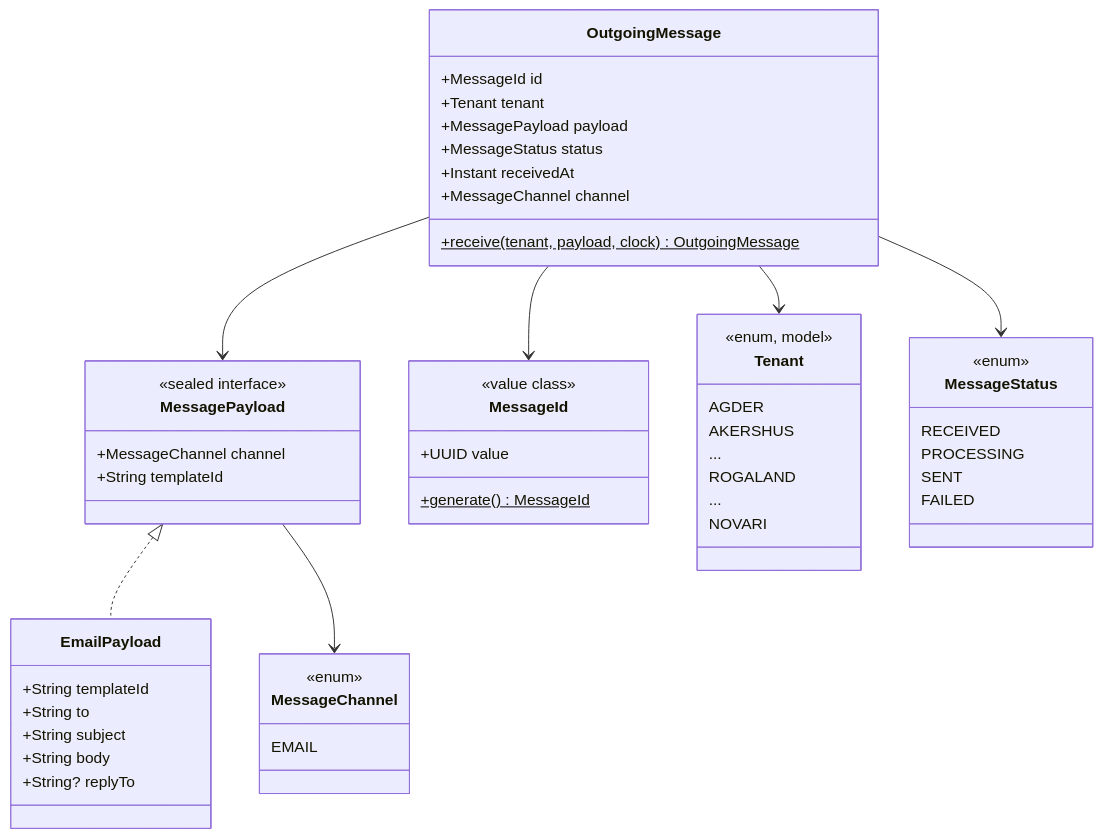
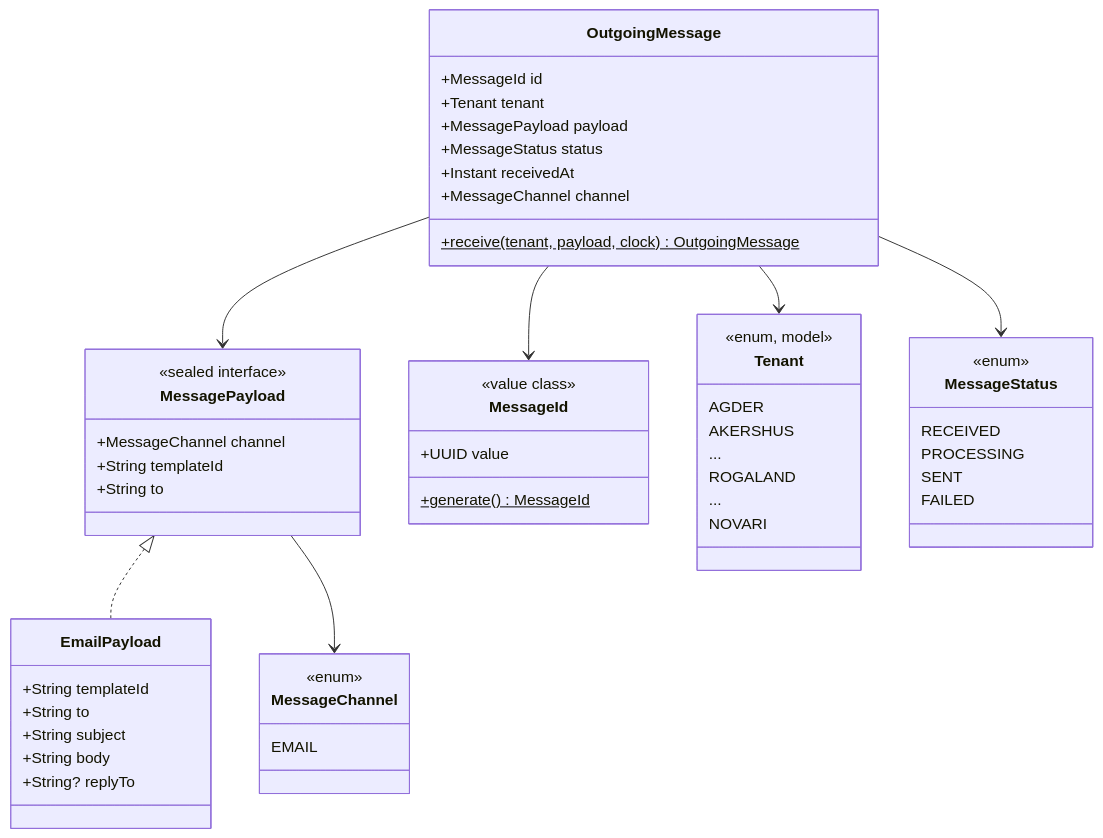
One commit to FINTLabs/fint-communication-service changed the fourth of 12 diagrams in docs/architecture.md. Above: the diagram before and after it, drawn with Mermaid. The commit also changed other lines of this file and 25 other files, not shown here.

````diff
--- a/docs/architecture.md
+++ b/docs/architecture.md
@@ -186,56 +199,57 @@
 ```mermaid
 classDiagram
     class OutgoingMessage {
         +MessageId id
         +Tenant tenant
         +MessagePayload payload
         +MessageStatus status
         +Instant receivedAt
         +MessageChannel channel
         +receive(tenant, payload, clock)$ OutgoingMessage
     }
     class MessagePayload {
         <<sealed interface>>
         +MessageChannel channel
         +String templateId
+        +String to
     }
     class EmailPayload {
         +String templateId
         +String to
         +String subject
         +String body
         +String? replyTo
     }
     class MessageId {
         <<value class>>
         +UUID value
         +generate()$ MessageId
     }
     class Tenant {
         <<enum, model>>
         AGDER
         AKERSHUS
         ...
         ROGALAND
         ...
         NOVARI
     }
     class MessageStatus {
         <<enum>>
         RECEIVED
         PROCESSING
         SENT
         FAILED
     }
     class MessageChannel {
         <<enum>>
         EMAIL
     }
 
     OutgoingMessage --> MessageId
     OutgoingMessage --> Tenant
     OutgoingMessage --> MessagePayload
     OutgoingMessage --> MessageStatus
     MessagePayload <|.. EmailPayload
     MessagePayload --> MessageChannel
 ```
````
